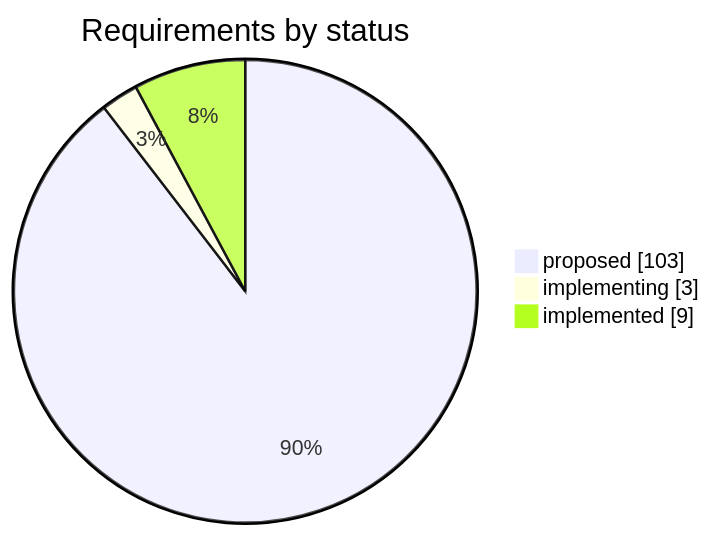
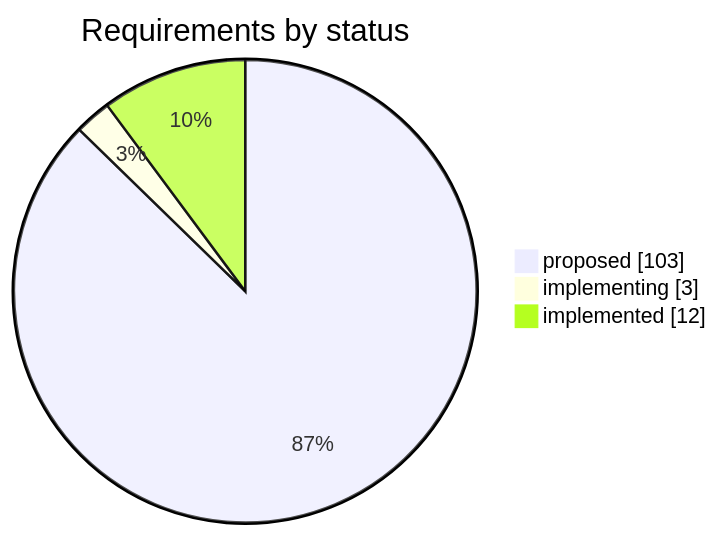
One commit to iammaxsu/automatic-testing-architecture changed the first of 2 diagrams in STATUS.md. Above: the diagram before and after it, drawn with Mermaid. The commit also changed other lines of this file and 7 other files, not shown here.

````diff
--- a/STATUS.md
+++ b/STATUS.md
@@ -25,6 +25,6 @@
 ```mermaid
 pie showData title Requirements by status
     "proposed" : 103
     "implementing" : 3
-    "implemented" : 9
+    "implemented" : 12
 ```
````
